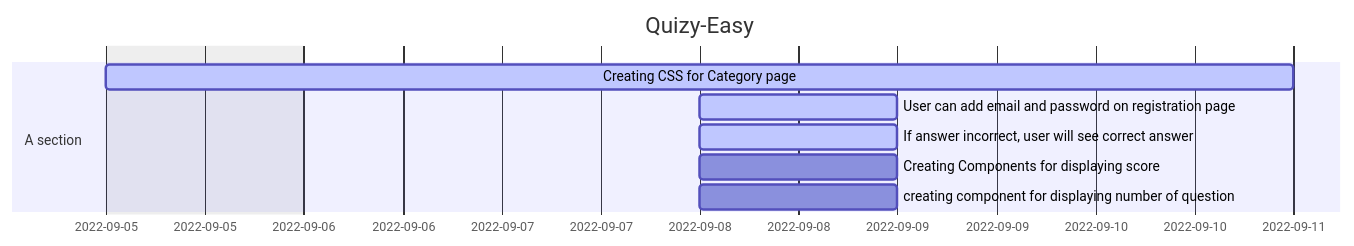
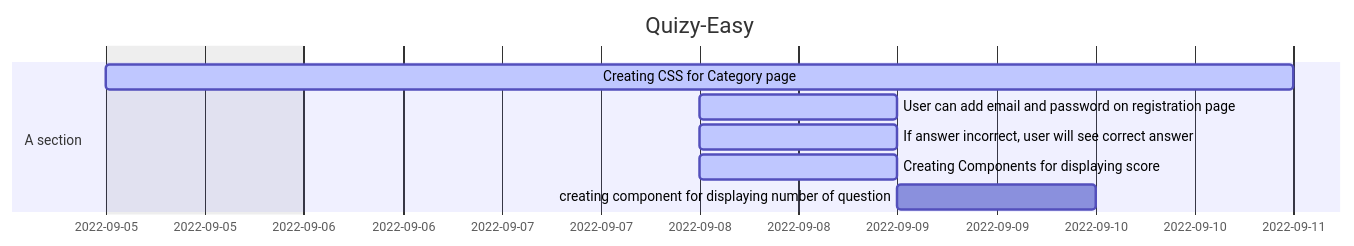
The diagram in README.md (arkadiyshin/quizy-easy), drawn with Mermaid before and after one commit.

````diff
--- a/README.md
+++ b/README.md
@@ -1,15 +1,15 @@
 ```mermaid
 
 gantt
 dateFormat  YYYY-MM-DD
 title Quizy-Easy
 excludes weekdays 2022-09-05
 
 section A section
 Creating CSS for Category page                        :active,  des1, 2022-09-05, 2022-09-11
 User can add email and password on registration page  :active,  des2, 2022-09-08, 1d
 If answer incorrect, user will see correct answer     :active,  des3, 2022-09-08, 1d
-Creating Components for displaying score              :active   des4, 2022-09-08, 1d
-creating component for displaying number of question  :active   des5, after desk4, 1d
+Creating Components for displaying score              :active,  des4, 2022-09-08, 1d
+creating component for displaying number of question  :         des5, after des4, 1d
 
 ```
````
